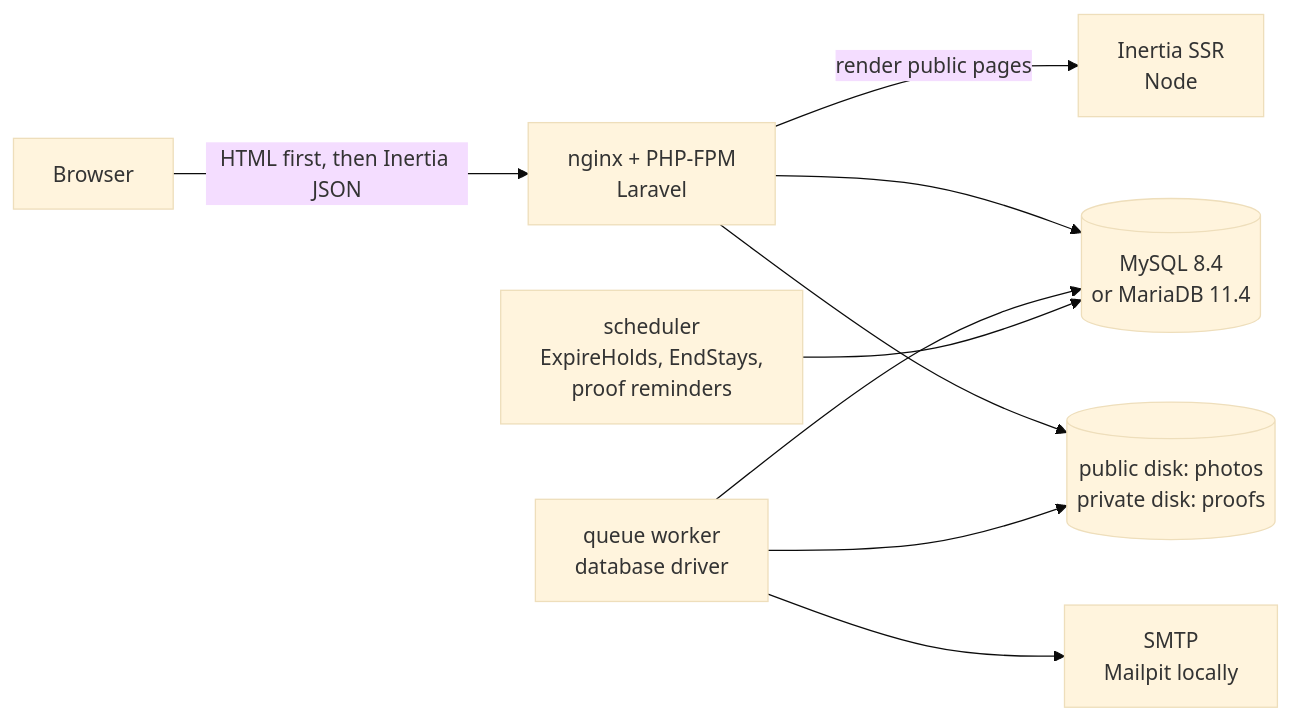
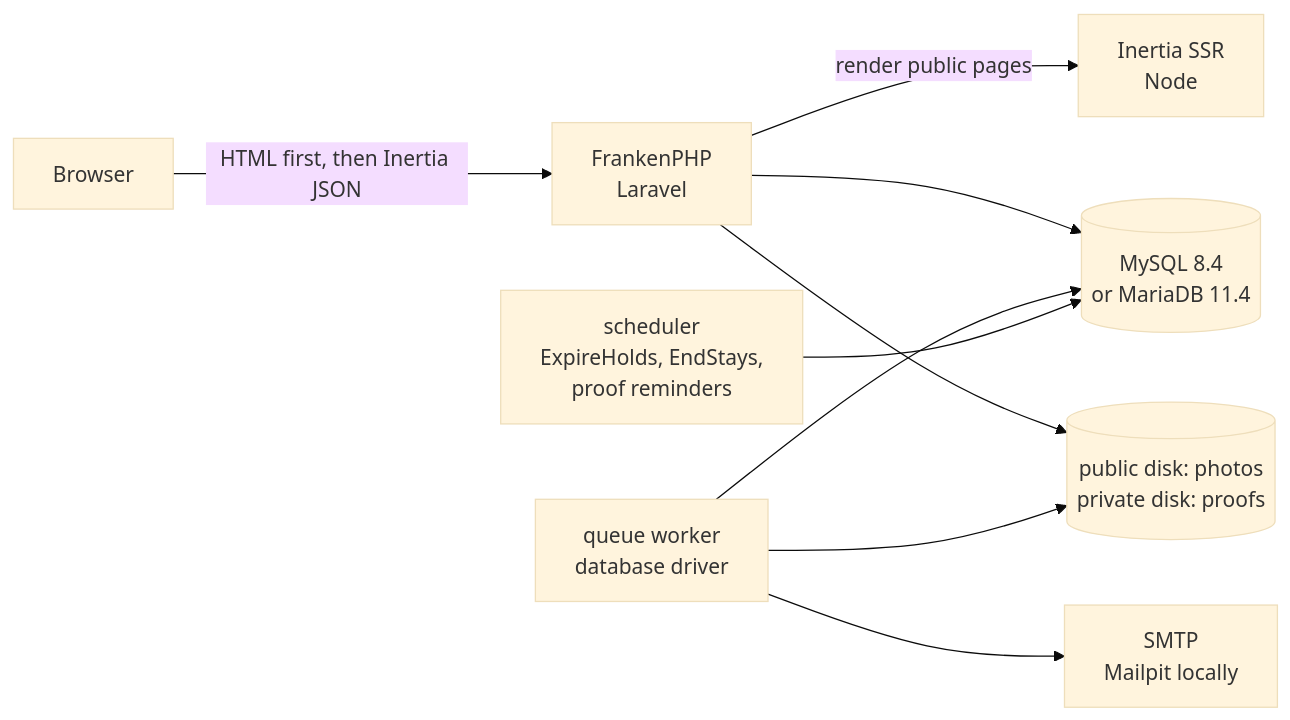
Before and after one commit to bienthehuman/reserve-vision: the diagram in docs/ARCHITECTURE.md, drawn with Mermaid (base theme). The commit also changed other lines of this file and 831 other files, not shown here.

````diff
--- a/docs/ARCHITECTURE.md
+++ b/docs/ARCHITECTURE.md
@@ -7,11 +7,11 @@
 ```mermaid
 flowchart LR
-    Browser -->|HTML first, then Inertia JSON| Web[nginx + PHP-FPM<br/>Laravel]
+    Browser -->|HTML first, then Inertia JSON| Web[FrankenPHP<br/>Laravel]
     Web -->|render public pages| SSR[Inertia SSR<br/>Node]
     Web --> DB[(MySQL 8.4<br/>or MariaDB 11.4)]
     Worker[queue worker<br/>database driver] --> DB
     Scheduler[scheduler<br/>ExpireHolds, EndStays,<br/>proof reminders] --> DB
     Web --> Files[(public disk: photos<br/>private disk: proofs)]
     Worker --> Files
     Worker --> Mail[SMTP<br/>Mailpit locally]
 ```
````
